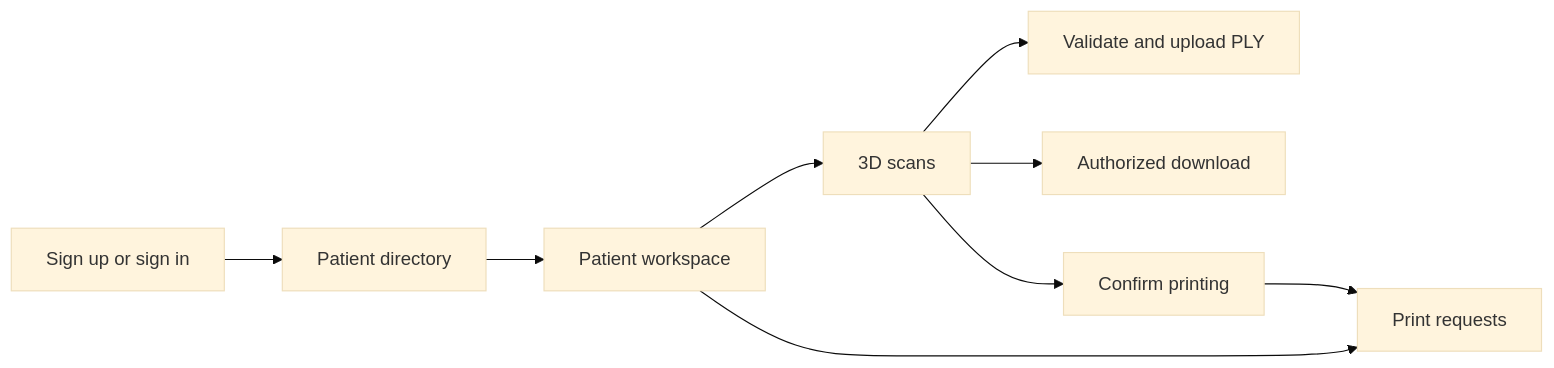
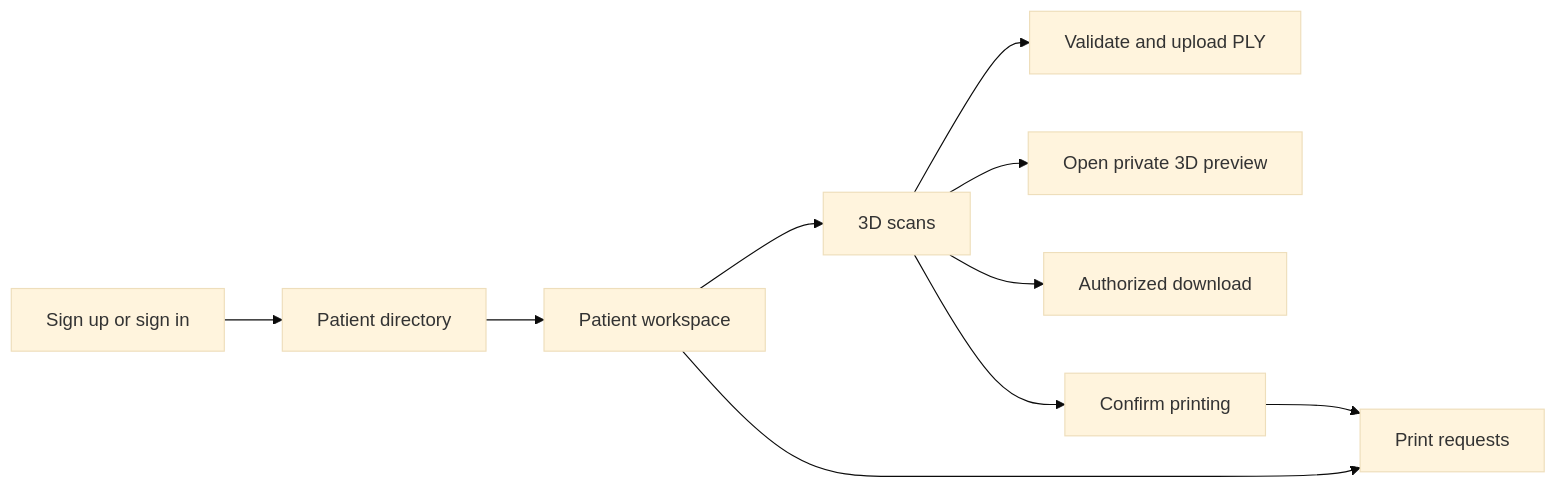
The first of 2 diagrams in docs/frontend.md (hugoecken/vytruve-tech-test-he), drawn with Mermaid (base theme) before and after one commit. The commit also changed other lines of this file and 14 other files, not shown here.

````diff
--- a/docs/frontend.md
+++ b/docs/frontend.md
@@ -29,11 +29,12 @@
 ```mermaid
 flowchart LR
   Auth["Sign up or sign in"] --> Directory["Patient directory"]
   Directory --> Patient["Patient workspace"]
   Patient --> Scans["3D scans"]
   Patient --> Prints["Print requests"]
   Scans --> Upload["Validate and upload PLY"]
+  Scans --> Preview["Open private 3D preview"]
   Scans --> Download["Authorized download"]
   Scans --> Submit["Confirm printing"]
   Submit --> Prints
 ```
````
